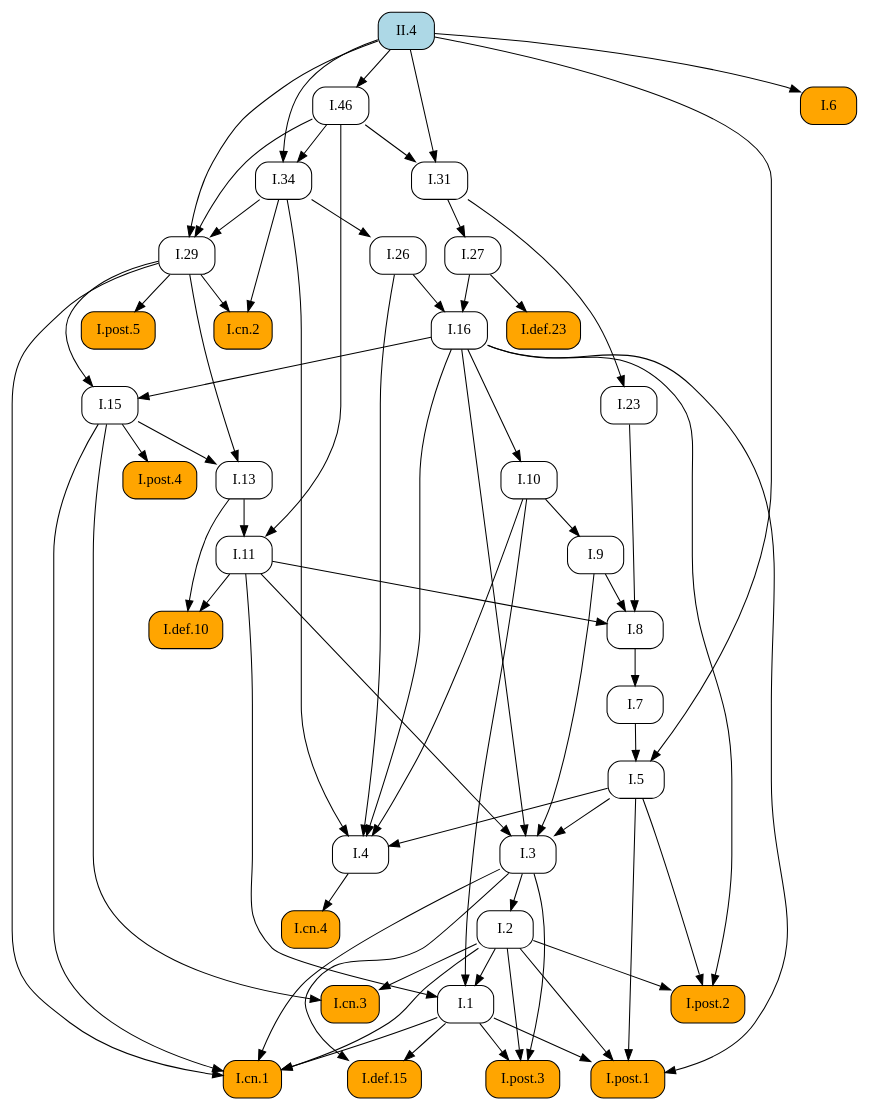
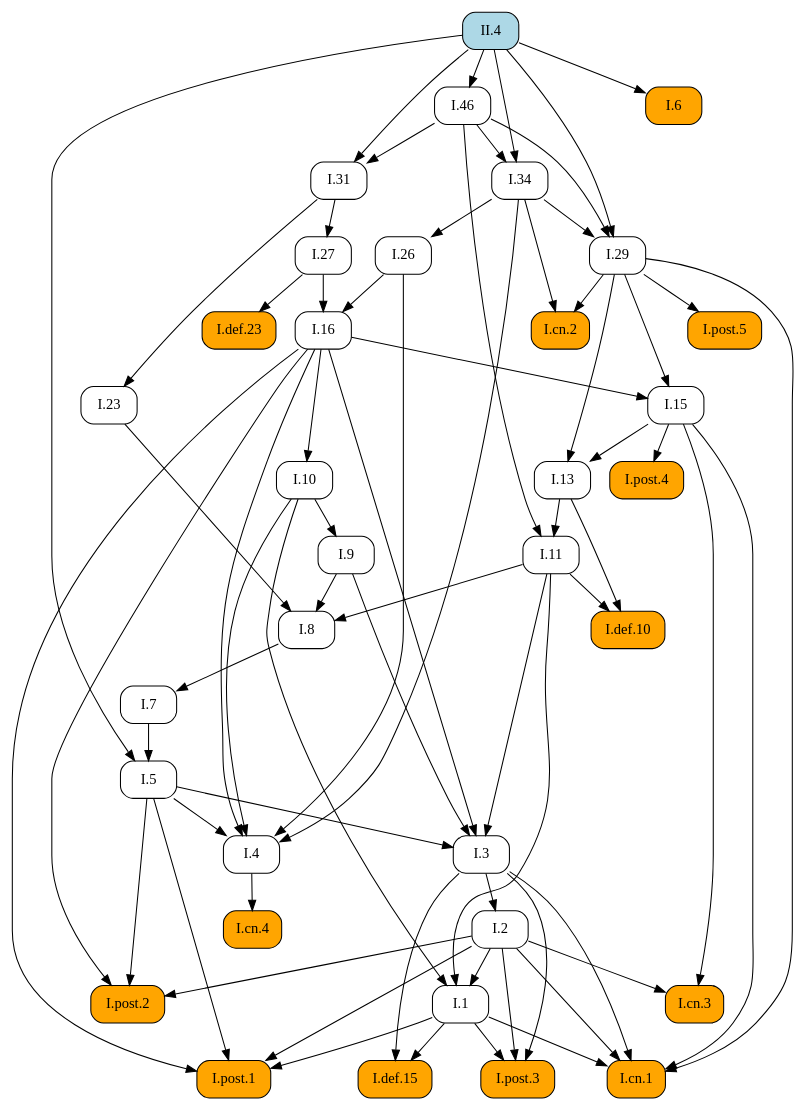
Before and after one commit to geometor/elements: the diagram in docsrc/heath/II/4/index.rst, drawn with Graphviz. The commit also changed other lines of this file and 484 other files, not shown here.

```diff
--- a/docsrc/heath/II/4/index.rst
+++ b/docsrc/heath/II/4/index.rst
@@ -112,106 +112,106 @@
    digraph {
      rankdir="TB";
      node [shape=box, style=rounded];
-     "I.def.10" [style="rounded,filled", fillcolor=orange, URL="/heath/I/def.10/", target="_top"];
-     "I.11" [URL="/heath/I/11/", target="_top"];
-     "I.post.4" [style="rounded,filled", fillcolor=orange, URL="/heath/I/post.4/", target="_top"];
-     "I.1" [URL="/heath/I/1/", target="_top"];
-     "I.26" [URL="/heath/I/26/", target="_top"];
-     "I.29" [URL="/heath/I/29/", target="_top"];
-     "I.cn.2" [style="rounded,filled", fillcolor=orange, URL="/heath/I/cn.2/", target="_top"];
+     "I.23" [URL="/heath/I/23/", target="_top"];
+     "I.9" [URL="/heath/I/9/", target="_top"];
      "I.def.15" [style="rounded,filled", fillcolor=orange, URL="/heath/I/def.15/", target="_top"];
      "I.post.3" [style="rounded,filled", fillcolor=orange, URL="/heath/I/post.3/", target="_top"];
+     "I.post.1" [style="rounded,filled", fillcolor=orange, URL="/heath/I/post.1/", target="_top"];
+     "I.31" [URL="/heath/I/31/", target="_top"];
+     "I.def.10" [style="rounded,filled", fillcolor=orange, URL="/heath/I/def.10/", target="_top"];
+     "I.27" [URL="/heath/I/27/", target="_top"];
+     "II.4" [style="rounded,filled", fillcolor=lightblue, URL="/heath/II/4/", target="_top"];
+     "I.34" [URL="/heath/I/34/", target="_top"];
+     "I.3" [URL="/heath/I/3/", target="_top"];
      "I.cn.1" [style="rounded,filled", fillcolor=orange, URL="/heath/I/cn.1/", target="_top"];
+     "I.7" [URL="/heath/I/7/", target="_top"];
+     "I.2" [URL="/heath/I/2/", target="_top"];
+     "I.13" [URL="/heath/I/13/", target="_top"];
+     "I.post.4" [style="rounded,filled", fillcolor=orange, URL="/heath/I/post.4/", target="_top"];
+     "I.4" [URL="/heath/I/4/", target="_top"];
+     "I.1" [URL="/heath/I/1/", target="_top"];
+     "I.5" [URL="/heath/I/5/", target="_top"];
+     "I.8" [URL="/heath/I/8/", target="_top"];
+     "I.29" [URL="/heath/I/29/", target="_top"];
      "I.cn.3" [style="rounded,filled", fillcolor=orange, URL="/heath/I/cn.3/", target="_top"];
-     "I.23" [URL="/heath/I/23/", target="_top"];
-     "I.post.1" [style="rounded,filled", fillcolor=orange, URL="/heath/I/post.1/", target="_top"];
-     "I.27" [URL="/heath/I/27/", target="_top"];
+     "I.16" [URL="/heath/I/16/", target="_top"];
+     "I.15" [URL="/heath/I/15/", target="_top"];
+     "I.10" [URL="/heath/I/10/", target="_top"];
+     "I.11" [URL="/heath/I/11/", target="_top"];
+     "I.def.23" [style="rounded,filled", fillcolor=orange, URL="/heath/I/def.23/", target="_top"];
+     "I.cn.2" [style="rounded,filled", fillcolor=orange, URL="/heath/I/cn.2/", target="_top"];
+     "I.post.5" [style="rounded,filled", fillcolor=orange, URL="/heath/I/post.5/", target="_top"];
+     "I.cn.4" [style="rounded,filled", fillcolor=orange, URL="/heath/I/cn.4/", target="_top"];
+     "I.post.2" [style="rounded,filled", fillcolor=orange, URL="/heath/I/post.2/", target="_top"];
      "I.46" [URL="/heath/I/46/", target="_top"];
-     "I.7" [URL="/heath/I/7/", target="_top"];
-     "I.34" [URL="/heath/I/34/", target="_top"];
+     "I.26" [URL="/heath/I/26/", target="_top"];
      "I.6" [style="rounded,filled", fillcolor=orange, URL="/heath/I/6/", target="_top"];
-     "I.3" [URL="/heath/I/3/", target="_top"];
-     "I.2" [URL="/heath/I/2/", target="_top"];
-     "I.4" [URL="/heath/I/4/", target="_top"];
-     "I.def.23" [style="rounded,filled", fillcolor=orange, URL="/heath/I/def.23/", target="_top"];
-     "I.13" [URL="/heath/I/13/", target="_top"];
-     "II.4" [style="rounded,filled", fillcolor=lightblue, URL="/heath/II/4/", target="_top"];
-     "I.post.2" [style="rounded,filled", fillcolor=orange, URL="/heath/I/post.2/", target="_top"];
-     "I.31" [URL="/heath/I/31/", target="_top"];
-     "I.16" [URL="/heath/I/16/", target="_top"];
-     "I.9" [URL="/heath/I/9/", target="_top"];
-     "I.8" [URL="/heath/I/8/", target="_top"];
-     "I.cn.4" [style="rounded,filled", fillcolor=orange, URL="/heath/I/cn.4/", target="_top"];
-     "I.15" [URL="/heath/I/15/", target="_top"];
-     "I.post.5" [style="rounded,filled", fillcolor=orange, URL="/heath/I/post.5/", target="_top"];
-     "I.10" [URL="/heath/I/10/", target="_top"];
-     "I.5" [URL="/heath/I/5/", target="_top"];
-     "I.11" -> "I.def.10";
-     "I.13" -> "I.def.10";
-     "I.13" -> "I.11";
-     "I.46" -> "I.11";
-     "I.15" -> "I.post.4";
-     "I.2" -> "I.1";
-     "I.10" -> "I.1";
-     "I.11" -> "I.1";
-     "I.34" -> "I.26";
-     "I.34" -> "I.29";
-     "I.46" -> "I.29";
-     "II.4" -> "I.29";
-     "I.29" -> "I.cn.2";
-     "I.34" -> "I.cn.2";
+     "I.31" -> "I.23";
+     "I.10" -> "I.9";
      "I.1" -> "I.def.15";
      "I.3" -> "I.def.15";
      "I.1" -> "I.post.3";
      "I.2" -> "I.post.3";
      "I.3" -> "I.post.3";
+     "I.1" -> "I.post.1";
+     "I.2" -> "I.post.1";
+     "I.5" -> "I.post.1";
+     "I.16" -> "I.post.1";
+     "I.46" -> "I.31";
+     "II.4" -> "I.31";
+     "I.11" -> "I.def.10";
+     "I.13" -> "I.def.10";
+     "I.31" -> "I.27";
+     "I.46" -> "I.34";
+     "II.4" -> "I.34";
+     "I.5" -> "I.3";
+     "I.9" -> "I.3";
+     "I.11" -> "I.3";
+     "I.16" -> "I.3";
      "I.1" -> "I.cn.1";
      "I.2" -> "I.cn.1";
      "I.3" -> "I.cn.1";
      "I.15" -> "I.cn.1";
      "I.29" -> "I.cn.1";
-     "I.2" -> "I.cn.3";
-     "I.15" -> "I.cn.3";
-     "I.31" -> "I.23";
-     "I.1" -> "I.post.1";
-     "I.2" -> "I.post.1";
-     "I.5" -> "I.post.1";
-     "I.16" -> "I.post.1";
-     "I.31" -> "I.27";
-     "II.4" -> "I.46";
      "I.8" -> "I.7";
-     "I.46" -> "I.34";
-     "II.4" -> "I.34";
-     "II.4" -> "I.6";
-     "I.5" -> "I.3";
-     "I.9" -> "I.3";
-     "I.11" -> "I.3";
-     "I.16" -> "I.3";
      "I.3" -> "I.2";
+     "I.15" -> "I.13";
+     "I.29" -> "I.13";
+     "I.15" -> "I.post.4";
      "I.5" -> "I.4";
      "I.10" -> "I.4";
      "I.16" -> "I.4";
      "I.26" -> "I.4";
      "I.34" -> "I.4";
+     "I.2" -> "I.1";
+     "I.10" -> "I.1";
+     "I.11" -> "I.1";
+     "I.7" -> "I.5";
+     "II.4" -> "I.5";
+     "I.9" -> "I.8";
+     "I.11" -> "I.8";
+     "I.23" -> "I.8";
+     "I.34" -> "I.29";
+     "I.46" -> "I.29";
+     "II.4" -> "I.29";
+     "I.2" -> "I.cn.3";
+     "I.15" -> "I.cn.3";
+     "I.26" -> "I.16";
+     "I.27" -> "I.16";
+     "I.16" -> "I.15";
+     "I.29" -> "I.15";
+     "I.16" -> "I.10";
+     "I.13" -> "I.11";
+     "I.46" -> "I.11";
      "I.27" -> "I.def.23";
-     "I.15" -> "I.13";
-     "I.29" -> "I.13";
+     "I.29" -> "I.cn.2";
+     "I.34" -> "I.cn.2";
+     "I.29" -> "I.post.5";
+     "I.4" -> "I.cn.4";
      "I.2" -> "I.post.2";
      "I.5" -> "I.post.2";
      "I.16" -> "I.post.2";
-     "I.46" -> "I.31";
-     "II.4" -> "I.31";
-     "I.26" -> "I.16";
-     "I.27" -> "I.16";
-     "I.10" -> "I.9";
-     "I.9" -> "I.8";
-     "I.11" -> "I.8";
-     "I.23" -> "I.8";
-     "I.4" -> "I.cn.4";
-     "I.16" -> "I.15";
-     "I.29" -> "I.15";
-     "I.29" -> "I.post.5";
-     "I.16" -> "I.10";
-     "I.7" -> "I.5";
-     "II.4" -> "I.5";
+     "II.4" -> "I.46";
+     "I.34" -> "I.26";
+     "II.4" -> "I.6";
    }
```
